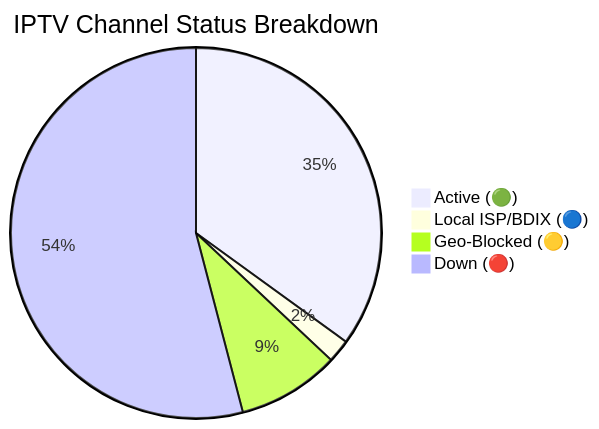
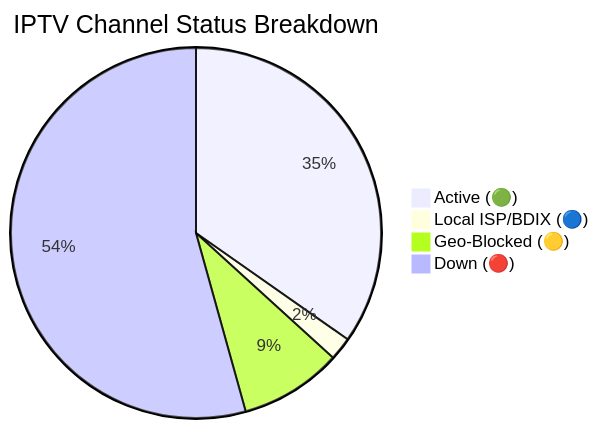
Before and after one commit to andreataylord/Ip-tv-Collection: the diagram in README.md, drawn with Mermaid. The commit also changed other lines of this file and 1 other file, not shown here.

Commit message:
docs(readme): auto-update daily channel status chart

````diff
--- a/README.md
+++ b/README.md
@@ -59,7 +59,7 @@
 ```mermaid
 pie title IPTV Channel Status Breakdown
-    "Active (🟢)" : 2216
+    "Active (🟢)" : 2200
     "Local ISP/BDIX (🔵)" : 128
     "Geo-Blocked (🟡)" : 565
-    "Down (🔴)" : 3425
+    "Down (🔴)" : 3441
 ```
````
